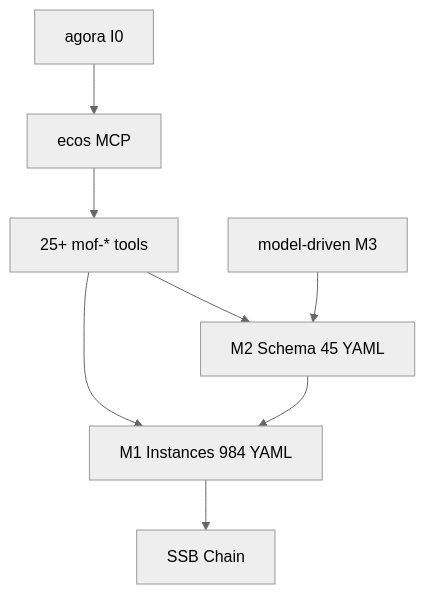
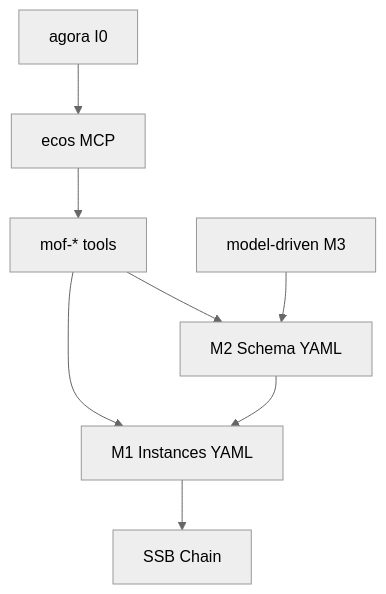
The diagram in ARCHITECTURE.md (starlink-awaken/omostation), drawn with Mermaid (neutral theme) before and after one commit. The commit also changed other lines of this file and 46 other files, not shown here.

````diff
--- a/ARCHITECTURE.md
+++ b/ARCHITECTURE.md
@@ -15,20 +15,20 @@
 ```mermaid
 
 graph TB
     Agora[agora I0]
     MCP[ecos MCP]
     M3[model-driven M3]
-    M2[M2 Schema 45 YAML]
-    M1[M1 Instances 984 YAML]
+    M2[M2 Schema YAML]
+    M1[M1 Instances YAML]
     SSB[SSB Chain]
-    Tools[25+ mof-* tools]
+    Tools[mof-* tools]
 
     Agora --> MCP
     MCP --> Tools
     Tools --> M1
     Tools --> M2
     M3 --> M2
     M2 --> M1
     M1 --> SSB
 
 ```
````
